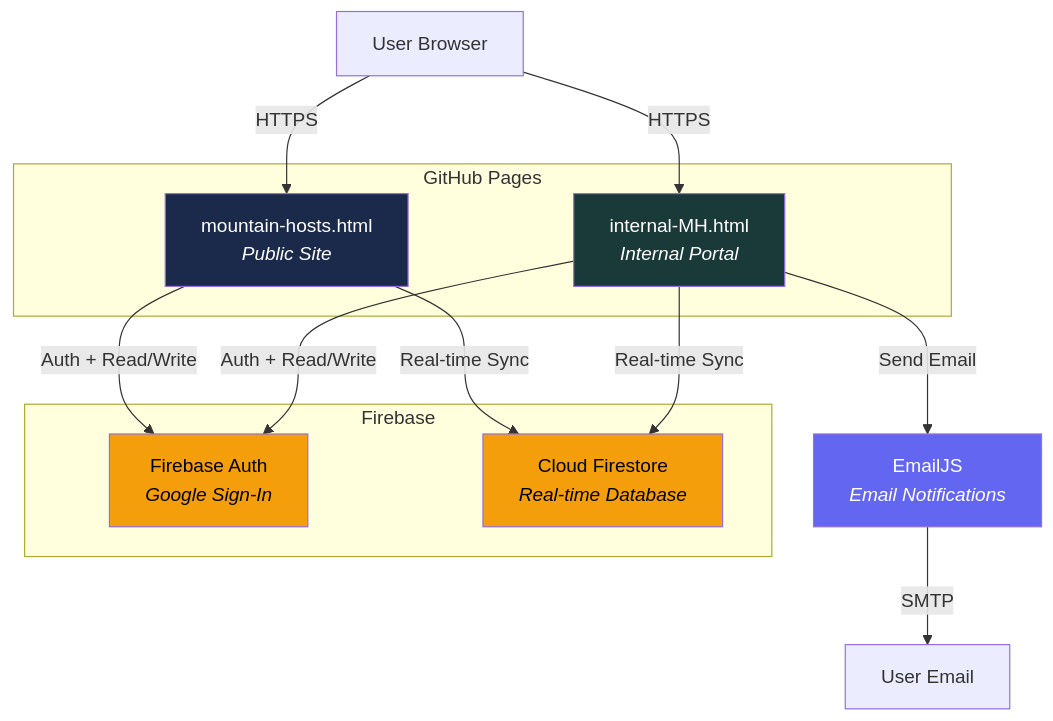
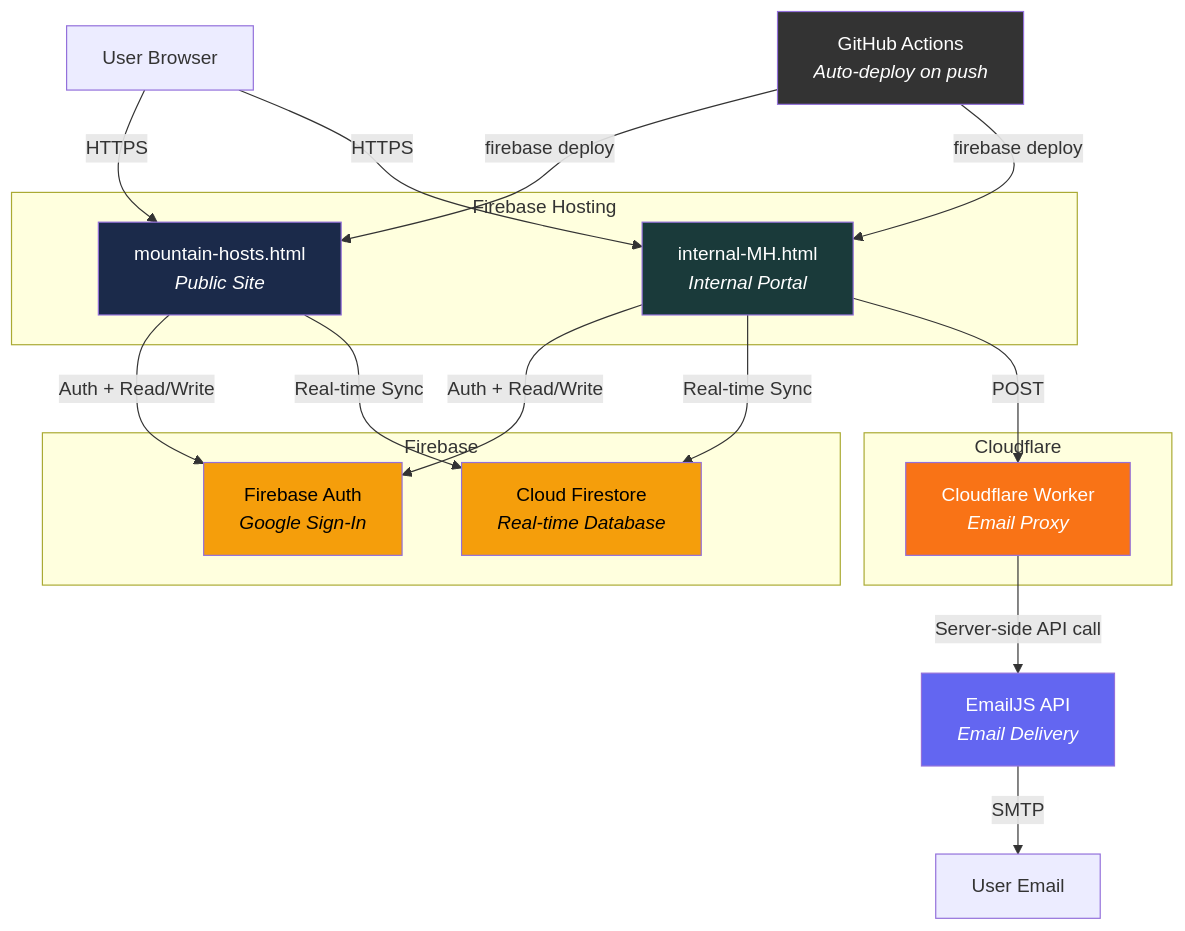
Before and after one commit to MountainsToGo/bbhosts: the first of 8 diagrams in ARCHITECTURE.md, drawn with Mermaid. The commit also changed other lines of this file and 2 other files, not shown here.

First line of the commit message:
Security cleanup: harden .gitignore, remove debug logs, update ARCHITECTURE.md

````diff
--- a/ARCHITECTURE.md
+++ b/ARCHITECTURE.md
@@ -7,30 +7,40 @@
 ```mermaid
 graph TB
-    subgraph "GitHub Pages"
+    subgraph "Firebase Hosting"
         PUB["mountain-hosts.html<br/><i>Public Site</i>"]
         INT["internal-MH.html<br/><i>Internal Portal</i>"]
     end
 
     subgraph "Firebase"
         AUTH["Firebase Auth<br/><i>Google Sign-In</i>"]
         FS["Cloud Firestore<br/><i>Real-time Database</i>"]
     end
 
-    EMAILJS["EmailJS<br/><i>Email Notifications</i>"]
+    subgraph "Cloudflare"
+        WORKER["Cloudflare Worker<br/><i>Email Proxy</i>"]
+    end
+
+    EMAILJS["EmailJS API<br/><i>Email Delivery</i>"]
     BROWSER["User Browser"]
+    GH["GitHub Actions<br/><i>Auto-deploy on push</i>"]
 
     BROWSER -->|HTTPS| PUB
     BROWSER -->|HTTPS| INT
     PUB -->|Auth + Read/Write| AUTH
     PUB -->|Real-time Sync| FS
     INT -->|Auth + Read/Write| AUTH
     INT -->|Real-time Sync| FS
-    INT -->|Send Email| EMAILJS
+    INT -->|POST| WORKER
+    WORKER -->|Server-side API call| EMAILJS
     EMAILJS -->|SMTP| EMAIL["User Email"]
+    GH -->|firebase deploy| PUB
+    GH -->|firebase deploy| INT
 
     style PUB fill:#1b2a4a,color:#fff
     style INT fill:#1a3a3a,color:#fff
     style AUTH fill:#f59e0b,color:#000
     style FS fill:#f59e0b,color:#000
+    style WORKER fill:#f97316,color:#fff
     style EMAILJS fill:#6366f1,color:#fff
+    style GH fill:#333,color:#fff
 ```
````
